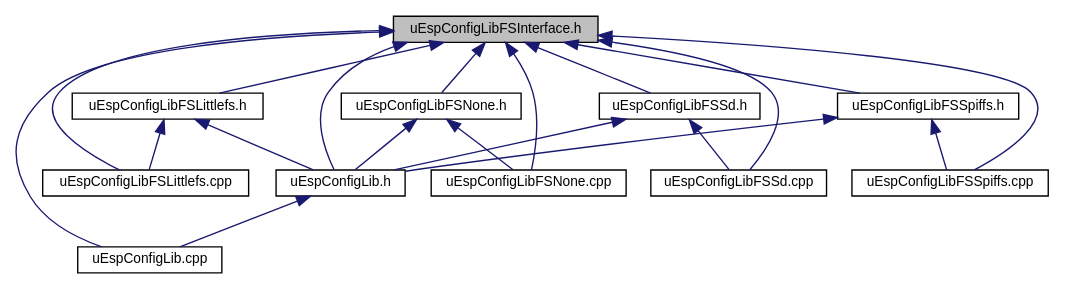
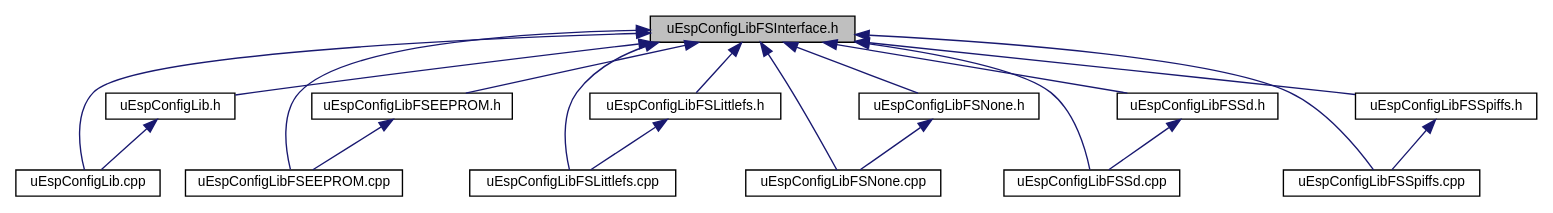
Before and after one commit to Naguissa/uEspConfigLib_doc_and_extras: the diagram in docs/uEspConfigLibFSInterface_8h__dep__incl.dot, drawn with Graphviz. The commit also changed 52 other files, not shown here.

```diff
--- a/docs/uEspConfigLibFSInterface_8h__dep__incl.dot
+++ b/docs/uEspConfigLibFSInterface_8h__dep__incl.dot
@@ -1,36 +1,37 @@
 digraph "uEspConfigLibFSInterface.h"
 {
  // LATEX_PDF_SIZE
   edge [fontname="Helvetica",fontsize="10",labelfontname="Helvetica",labelfontsize="10"];
   node [fontname="Helvetica",fontsize="10",shape=record];
   Node1 [label="uEspConfigLibFSInterface.h",height=0.2,width=0.4,color="black", fillcolor="grey75", style="filled", fontcolor="black",tooltip=" "];
   Node1 -> Node2 [dir="back",color="midnightblue",fontsize="10",style="solid",fontname="Helvetica"];
   Node2 [label="uEspConfigLib.cpp",height=0.2,width=0.4,color="black", fillcolor="white", style="filled",URL="$uEspConfigLib_8cpp.html",tooltip=" "];
   Node1 -> Node3 [dir="back",color="midnightblue",fontsize="10",style="solid",fontname="Helvetica"];
   Node3 [label="uEspConfigLib.h",height=0.2,width=0.4,color="black", fillcolor="white", style="filled",URL="$uEspConfigLib_8h.html",tooltip=" "];
   Node3 -> Node2 [dir="back",color="midnightblue",fontsize="10",style="solid",fontname="Helvetica"];
   Node1 -> Node4 [dir="back",color="midnightblue",fontsize="10",style="solid",fontname="Helvetica"];
-  Node4 [label="uEspConfigLibFSLittlefs.cpp",height=0.2,width=0.4,color="black", fillcolor="white", style="filled",URL="$uEspConfigLibFSLittlefs_8cpp.html",tooltip=" "];
+  Node4 [label="uEspConfigLibFSEEPROM.cpp",height=0.2,width=0.4,color="black", fillcolor="white", style="filled",URL="$uEspConfigLibFSEEPROM_8cpp.html",tooltip=" "];
   Node1 -> Node5 [dir="back",color="midnightblue",fontsize="10",style="solid",fontname="Helvetica"];
-  Node5 [label="uEspConfigLibFSLittlefs.h",height=0.2,width=0.4,color="black", fillcolor="white", style="filled",URL="$uEspConfigLibFSLittlefs_8h.html",tooltip=" "];
-  Node5 -> Node3 [dir="back",color="midnightblue",fontsize="10",style="solid",fontname="Helvetica"];
+  Node5 [label="uEspConfigLibFSEEPROM.h",height=0.2,width=0.4,color="black", fillcolor="white", style="filled",URL="$uEspConfigLibFSEEPROM_8h.html",tooltip=" "];
   Node5 -> Node4 [dir="back",color="midnightblue",fontsize="10",style="solid",fontname="Helvetica"];
   Node1 -> Node6 [dir="back",color="midnightblue",fontsize="10",style="solid",fontname="Helvetica"];
-  Node6 [label="uEspConfigLibFSNone.cpp",height=0.2,width=0.4,color="black", fillcolor="white", style="filled",URL="$uEspConfigLibFSNone_8cpp.html",tooltip=" "];
+  Node6 [label="uEspConfigLibFSLittlefs.cpp",height=0.2,width=0.4,color="black", fillcolor="white", style="filled",URL="$uEspConfigLibFSLittlefs_8cpp.html",tooltip=" "];
   Node1 -> Node7 [dir="back",color="midnightblue",fontsize="10",style="solid",fontname="Helvetica"];
-  Node7 [label="uEspConfigLibFSNone.h",height=0.2,width=0.4,color="black", fillcolor="white", style="filled",URL="$uEspConfigLibFSNone_8h.html",tooltip=" "];
-  Node7 -> Node3 [dir="back",color="midnightblue",fontsize="10",style="solid",fontname="Helvetica"];
+  Node7 [label="uEspConfigLibFSLittlefs.h",height=0.2,width=0.4,color="black", fillcolor="white", style="filled",URL="$uEspConfigLibFSLittlefs_8h.html",tooltip=" "];
   Node7 -> Node6 [dir="back",color="midnightblue",fontsize="10",style="solid",fontname="Helvetica"];
   Node1 -> Node8 [dir="back",color="midnightblue",fontsize="10",style="solid",fontname="Helvetica"];
-  Node8 [label="uEspConfigLibFSSd.cpp",height=0.2,width=0.4,color="black", fillcolor="white", style="filled",URL="$uEspConfigLibFSSd_8cpp.html",tooltip=" "];
+  Node8 [label="uEspConfigLibFSNone.cpp",height=0.2,width=0.4,color="black", fillcolor="white", style="filled",URL="$uEspConfigLibFSNone_8cpp.html",tooltip=" "];
   Node1 -> Node9 [dir="back",color="midnightblue",fontsize="10",style="solid",fontname="Helvetica"];
-  Node9 [label="uEspConfigLibFSSd.h",height=0.2,width=0.4,color="black", fillcolor="white", style="filled",URL="$uEspConfigLibFSSd_8h.html",tooltip=" "];
-  Node9 -> Node3 [dir="back",color="midnightblue",fontsize="10",style="solid",fontname="Helvetica"];
+  Node9 [label="uEspConfigLibFSNone.h",height=0.2,width=0.4,color="black", fillcolor="white", style="filled",URL="$uEspConfigLibFSNone_8h.html",tooltip=" "];
   Node9 -> Node8 [dir="back",color="midnightblue",fontsize="10",style="solid",fontname="Helvetica"];
   Node1 -> Node10 [dir="back",color="midnightblue",fontsize="10",style="solid",fontname="Helvetica"];
-  Node10 [label="uEspConfigLibFSSpiffs.cpp",height=0.2,width=0.4,color="black", fillcolor="white", style="filled",URL="$uEspConfigLibFSSpiffs_8cpp.html",tooltip=" "];
+  Node10 [label="uEspConfigLibFSSd.cpp",height=0.2,width=0.4,color="black", fillcolor="white", style="filled",URL="$uEspConfigLibFSSd_8cpp.html",tooltip=" "];
   Node1 -> Node11 [dir="back",color="midnightblue",fontsize="10",style="solid",fontname="Helvetica"];
-  Node11 [label="uEspConfigLibFSSpiffs.h",height=0.2,width=0.4,color="black", fillcolor="white", style="filled",URL="$uEspConfigLibFSSpiffs_8h.html",tooltip=" "];
-  Node11 -> Node3 [dir="back",color="midnightblue",fontsize="10",style="solid",fontname="Helvetica"];
+  Node11 [label="uEspConfigLibFSSd.h",height=0.2,width=0.4,color="black", fillcolor="white", style="filled",URL="$uEspConfigLibFSSd_8h.html",tooltip=" "];
   Node11 -> Node10 [dir="back",color="midnightblue",fontsize="10",style="solid",fontname="Helvetica"];
+  Node1 -> Node12 [dir="back",color="midnightblue",fontsize="10",style="solid",fontname="Helvetica"];
+  Node12 [label="uEspConfigLibFSSpiffs.cpp",height=0.2,width=0.4,color="black", fillcolor="white", style="filled",URL="$uEspConfigLibFSSpiffs_8cpp.html",tooltip=" "];
+  Node1 -> Node13 [dir="back",color="midnightblue",fontsize="10",style="solid",fontname="Helvetica"];
+  Node13 [label="uEspConfigLibFSSpiffs.h",height=0.2,width=0.4,color="black", fillcolor="white", style="filled",URL="$uEspConfigLibFSSpiffs_8h.html",tooltip=" "];
+  Node13 -> Node12 [dir="back",color="midnightblue",fontsize="10",style="solid",fontname="Helvetica"];
 }
```
